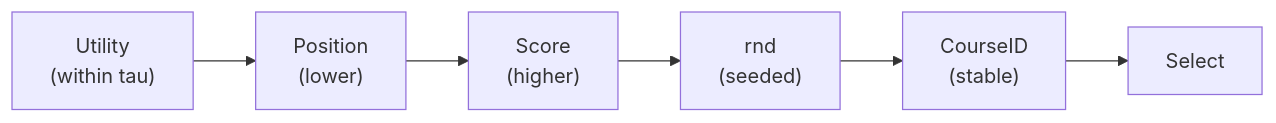
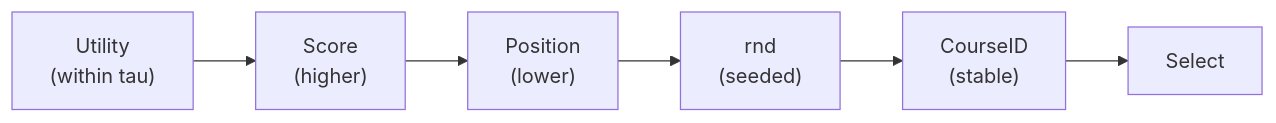
Before and after one commit to JosefSo/Course-Allocation-with-Friendships: the diagram in README.md, drawn with Mermaid. The commit also changed other lines of this file, not shown here.

````diff
--- a/README.md
+++ b/README.md
@@ -334,8 +335,8 @@
 ```mermaid
 flowchart LR
-    A["Utility<br/>(within tau)"] --> B["Position<br/>(lower)"]
-    B --> C["Score<br/>(higher)"]
+    A["Utility<br/>(within tau)"] --> B["Score<br/>(higher)"]
+    B --> C["Position<br/>(lower)"]
     C --> D["rnd<br/>(seeded)"]
     D --> E["CourseID<br/>(stable)"]
     E --> Z["Select"]
 ```
````
